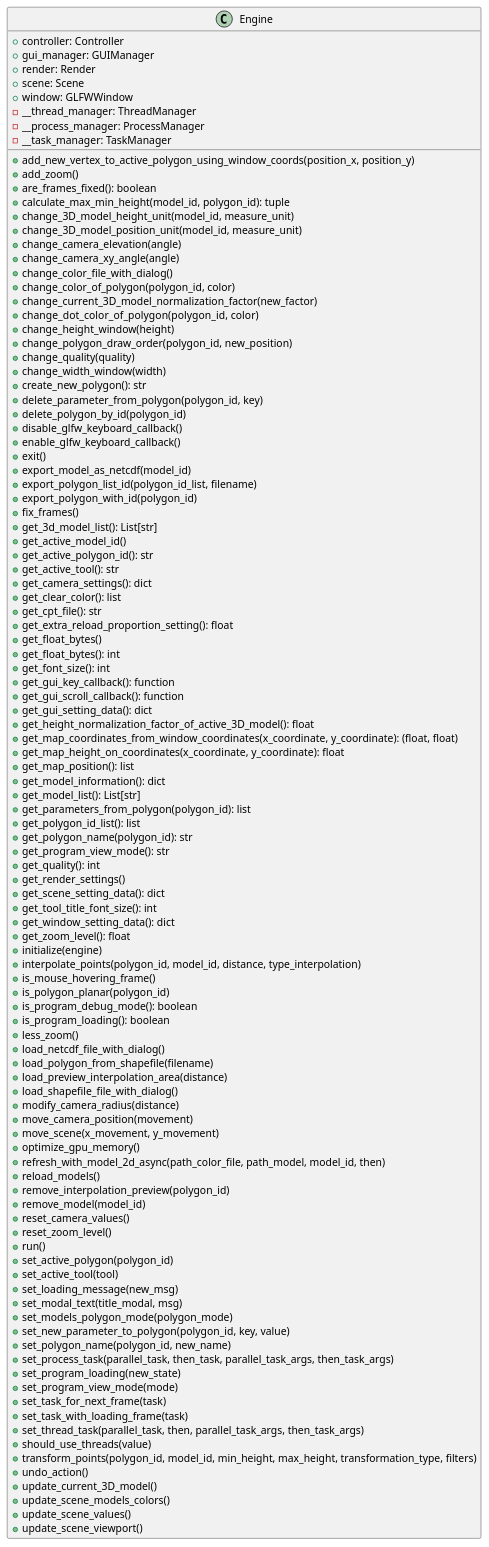
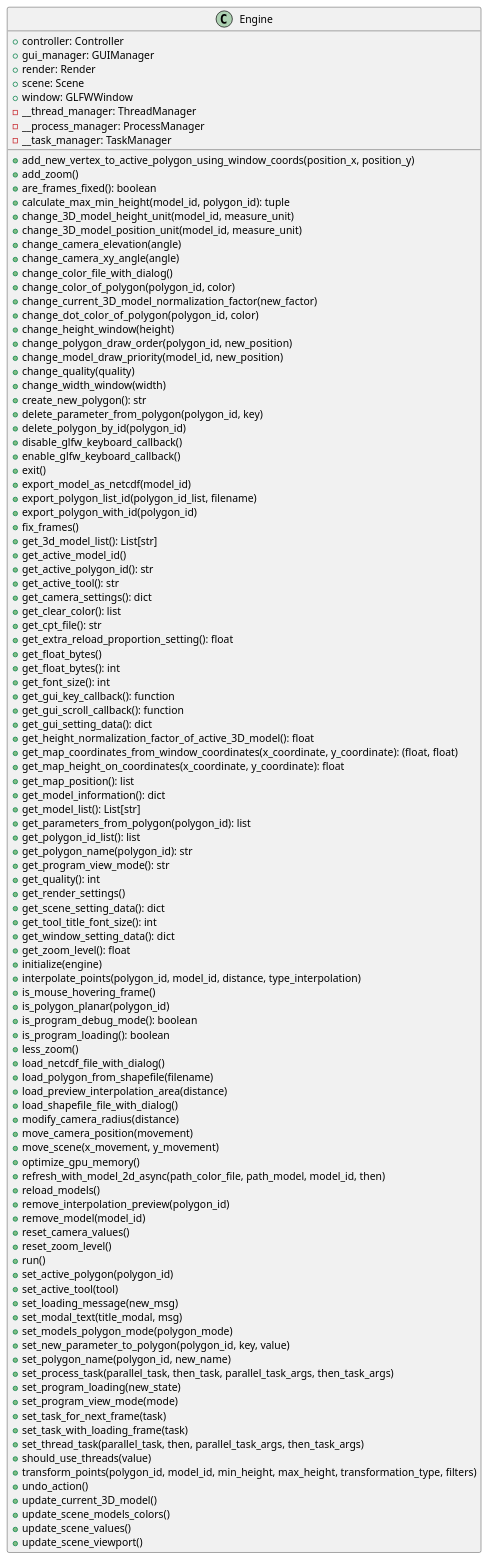
The diagram in docs/classes/Engine.puml (ferpoble2/Relief_Creator), drawn with PlantUML before and after one commit. The commit also changed 4 other files, not shown here.

First line of the commit message:
Added methods change_model_priority.

```diff
--- a/docs/classes/Engine.puml
+++ b/docs/classes/Engine.puml
@@ -1,112 +1,113 @@
 @startuml
 class Engine {
     + controller: Controller
     + gui_manager: GUIManager
     + render: Render
     + scene: Scene
     + window: GLFWWindow
     - __thread_manager: ThreadManager
     - __process_manager: ProcessManager
     - __task_manager: TaskManager
 
     + add_new_vertex_to_active_polygon_using_window_coords(position_x, position_y)
     + add_zoom()
     + are_frames_fixed(): boolean
     + calculate_max_min_height(model_id, polygon_id): tuple
     + change_3D_model_height_unit(model_id, measure_unit)
     + change_3D_model_position_unit(model_id, measure_unit)
     + change_camera_elevation(angle)
     + change_camera_xy_angle(angle)
     + change_color_file_with_dialog()
     + change_color_of_polygon(polygon_id, color)
     + change_current_3D_model_normalization_factor(new_factor)
     + change_dot_color_of_polygon(polygon_id,  color)
     + change_height_window(height)
     + change_polygon_draw_order(polygon_id, new_position)
+    + change_model_draw_priority(model_id, new_position)
     + change_quality(quality)
     + change_width_window(width)
     + create_new_polygon(): str
     + delete_parameter_from_polygon(polygon_id, key)
     + delete_polygon_by_id(polygon_id)
     + disable_glfw_keyboard_callback()
     + enable_glfw_keyboard_callback()
     + exit()
     + export_model_as_netcdf(model_id)
     + export_polygon_list_id(polygon_id_list, filename)
     + export_polygon_with_id(polygon_id)
     + fix_frames()
     + get_3d_model_list(): List[str]
     + get_active_model_id()
     + get_active_polygon_id(): str
     + get_active_tool(): str
     + get_camera_settings(): dict
     + get_clear_color(): list
     + get_cpt_file(): str
     + get_extra_reload_proportion_setting(): float
     + get_float_bytes()
     + get_float_bytes(): int
     + get_font_size(): int
     + get_gui_key_callback(): function
     + get_gui_scroll_callback(): function
     + get_gui_setting_data(): dict
     + get_height_normalization_factor_of_active_3D_model(): float
     + get_map_coordinates_from_window_coordinates(x_coordinate, y_coordinate): (float, float)
     + get_map_height_on_coordinates(x_coordinate, y_coordinate): float
     + get_map_position(): list
     + get_model_information(): dict
     + get_model_list(): List[str]
     + get_parameters_from_polygon(polygon_id): list
     + get_polygon_id_list(): list
     + get_polygon_name(polygon_id): str
     + get_program_view_mode(): str
     + get_quality(): int
     + get_render_settings()
     + get_scene_setting_data(): dict
     + get_tool_title_font_size(): int
     + get_window_setting_data(): dict
     + get_zoom_level(): float
     + initialize(engine)
     + interpolate_points(polygon_id, model_id, distance, type_interpolation)
     + is_mouse_hovering_frame()
     + is_polygon_planar(polygon_id)
     + is_program_debug_mode(): boolean
     + is_program_loading(): boolean
     + less_zoom()
     + load_netcdf_file_with_dialog()
     + load_polygon_from_shapefile(filename)
     + load_preview_interpolation_area(distance)
     + load_shapefile_file_with_dialog()
     + modify_camera_radius(distance)
     + move_camera_position(movement)
     + move_scene(x_movement, y_movement)
     + optimize_gpu_memory()
     + refresh_with_model_2d_async(path_color_file, path_model, model_id, then)
     + reload_models()
     + remove_interpolation_preview(polygon_id)
     + remove_model(model_id)
     + reset_camera_values()
     + reset_zoom_level()
     + run()
     + set_active_polygon(polygon_id)
     + set_active_tool(tool)
     + set_loading_message(new_msg)
     + set_modal_text(title_modal, msg)
     + set_models_polygon_mode(polygon_mode)
     + set_new_parameter_to_polygon(polygon_id, key, value)
     + set_polygon_name(polygon_id, new_name)
     + set_process_task(parallel_task, then_task, parallel_task_args, then_task_args)
     + set_program_loading(new_state)
     + set_program_view_mode(mode)
     + set_task_for_next_frame(task)
     + set_task_with_loading_frame(task)
     + set_thread_task(parallel_task, then, parallel_task_args, then_task_args)
     + should_use_threads(value)
     + transform_points(polygon_id, model_id, min_height, max_height, transformation_type, filters)
     + undo_action()
     + update_current_3D_model()
     + update_scene_models_colors()
     + update_scene_values()
     + update_scene_viewport()
 }
 
 @enduml
```
